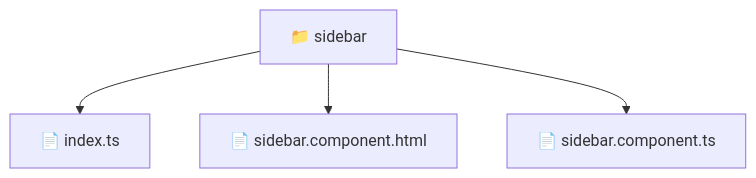
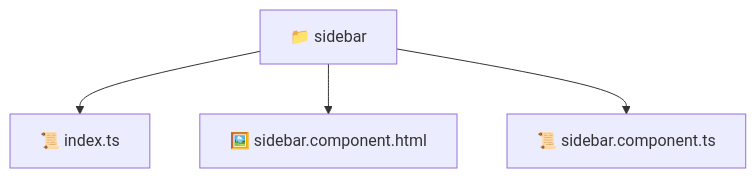
One commit to beginwebdev2002/fullstack-mavluda changed the diagram in frontend/src/widgets/sidebar/README.md. Above: the diagram before and after it, drawn with Mermaid. The commit also changed other lines of this file and 163 other files, not shown here.

````diff
--- a/frontend/src/widgets/sidebar/README.md
+++ b/frontend/src/widgets/sidebar/README.md
@@ -11,7 +11,7 @@
 ```mermaid
 graph TD
-  Root["📁 sidebar"]
-  Root --> index_ts["📄 index.ts"]
-  Root --> sidebar_component_html["📄 sidebar.component.html"]
-  Root --> sidebar_component_ts["📄 sidebar.component.ts"]
+  sidebar["📁 sidebar"]
+  sidebar --> index_ts["📜 index.ts"]
+  sidebar --> sidebar_component_html["🖼️ sidebar.component.html"]
+  sidebar --> sidebar_component_ts["📜 sidebar.component.ts"]
 ```
````
